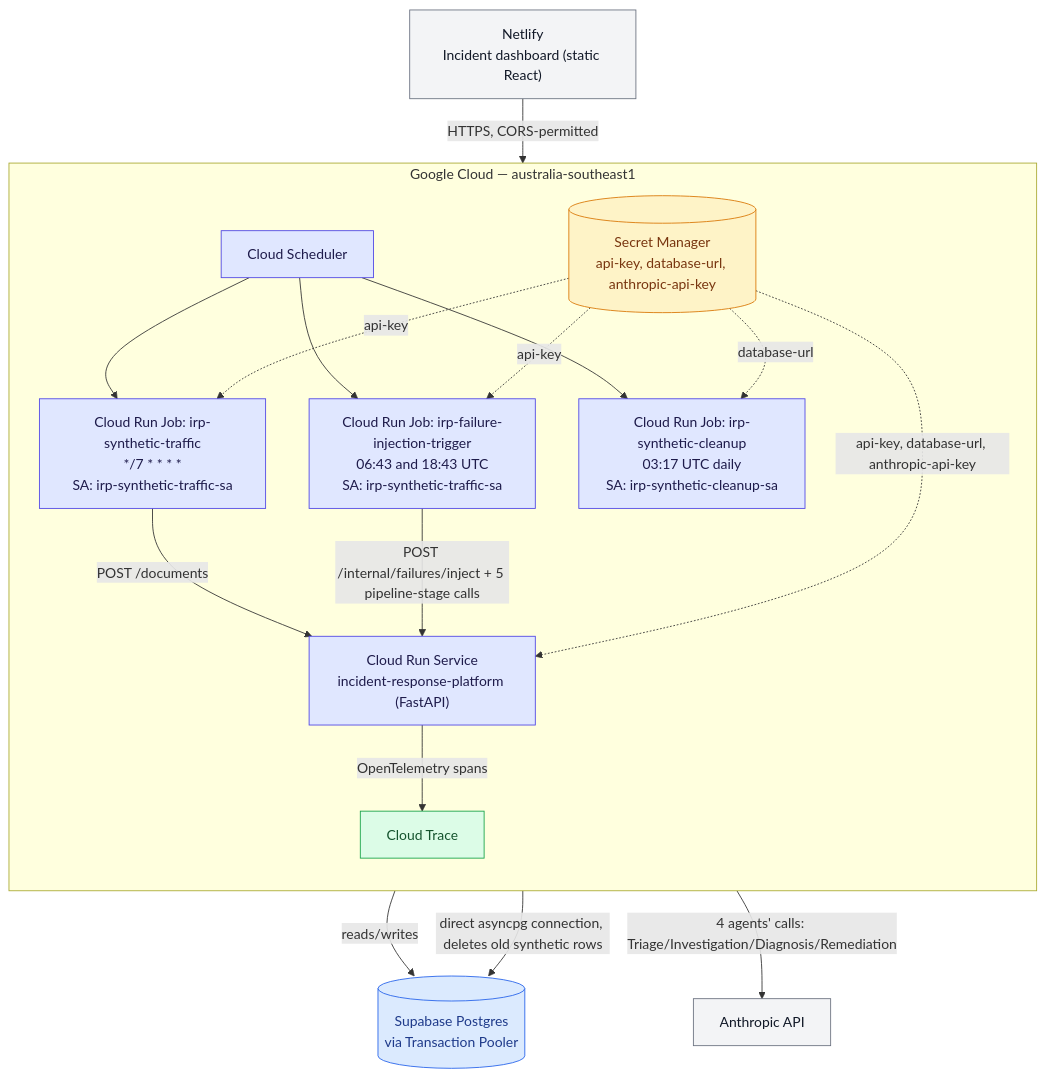
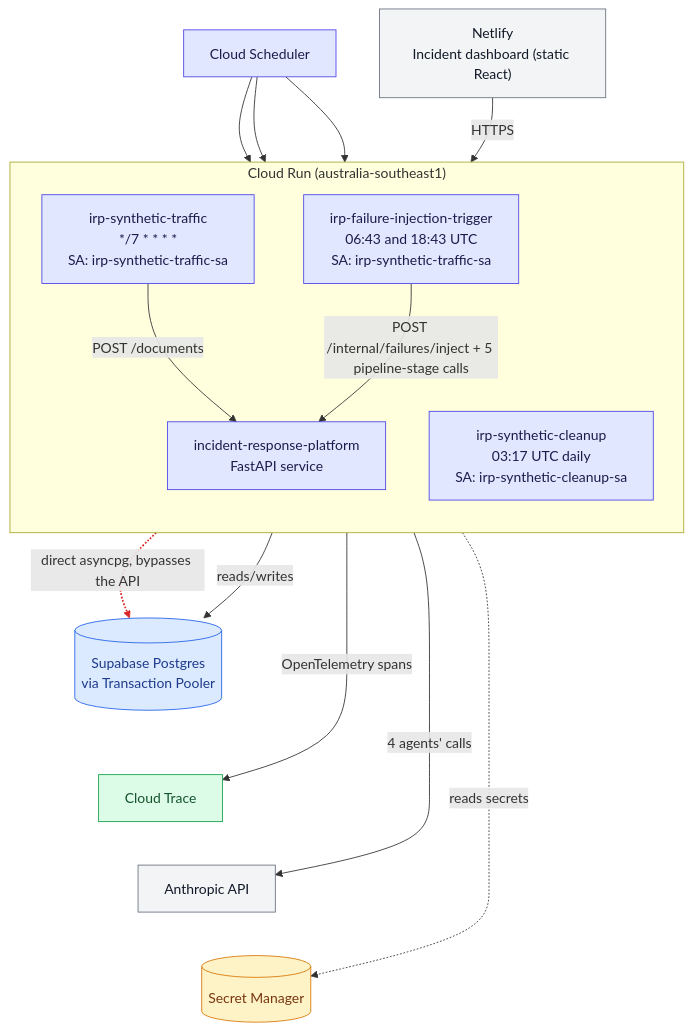
One commit to ShafqaatMalik/incident-response-platform changed the diagram in docs/architecture-infra.md. Above: the diagram before and after it, drawn with Mermaid. The commit also changed other lines of this file, not shown here.

Commit message:
Redesign architecture-infra.md diagram for clarity
Matches the pipeline diagram's quality bar: a clear 3-tier top-to-
bottom reading order (entry points -> compute cluster -> data/external
dependencies), the Cloud Run Service and all 3 background Jobs grouped
into one visual cluster, Secret Manager's 4 near-duplicate edges
consolidated into 1 (detail moved to the caption), and the cleanup
Job's direct database bypass styled as a distinct red dashed exception
path, same treatment as the pipeline diagram's escalation edges.

Every technical fact from the original is preserved -- nothing
dropped, only reorganized between the graph and the caption. Verified
with mermaid-cli across several iterations: fixed two real layout bugs
only visible after rendering (Secret Manager ranking in the wrong
tier, and the bypass edge crossing the OpenTelemetry edge).

Claude-Session: https://claude.ai/code/session_01Go5Q58FhHZwhaTxtMiUwpV

````diff
--- a/docs/architecture-infra.md
+++ b/docs/architecture-infra.md
@@ -12,50 +12,49 @@
 ```mermaid
 flowchart TD
+    SCHEDULER["Cloud Scheduler"]
     NETLIFY["Netlify<br/>Incident dashboard (static React)"]
 
-    subgraph GCP["Google Cloud — australia-southeast1"]
+    subgraph COMPUTE["Cloud Run (australia-southeast1)"]
         direction TB
-        SCHEDULER["Cloud Scheduler"]
-        TRAFFIC["Cloud Run Job: irp-synthetic-traffic<br/>*/7 * * * *<br/>SA: irp-synthetic-traffic-sa"]
-        TRIGGER["Cloud Run Job: irp-failure-injection-trigger<br/>06:43 and 18:43 UTC<br/>SA: irp-synthetic-traffic-sa"]
-        CLEANUP["Cloud Run Job: irp-synthetic-cleanup<br/>03:17 UTC daily<br/>SA: irp-synthetic-cleanup-sa"]
-        SERVICE["Cloud Run Service<br/>incident-response-platform (FastAPI)"]
-        SECRETS[("Secret Manager<br/>api-key, database-url, anthropic-api-key")]
-        TRACE["Cloud Trace"]
-
-        SCHEDULER --> TRAFFIC
-        SCHEDULER --> TRIGGER
-        SCHEDULER --> CLEANUP
-
-        TRAFFIC -->|POST /documents| SERVICE
-        TRIGGER -->|"POST /internal/failures/inject + 5 pipeline-stage calls"| SERVICE
-
-        SECRETS -.->|api-key| TRAFFIC
-        SECRETS -.->|api-key| TRIGGER
-        SECRETS -.->|database-url| CLEANUP
-        SECRETS -.->|"api-key, database-url, anthropic-api-key"| SERVICE
-
-        SERVICE -->|OpenTelemetry spans| TRACE
+        TRAFFIC["irp-synthetic-traffic<br/>*/7 * * * *<br/>SA: irp-synthetic-traffic-sa"]
+        TRIGGER["irp-failure-injection-trigger<br/>06:43 and 18:43 UTC<br/>SA: irp-synthetic-traffic-sa"]
+        CLEANUP["irp-synthetic-cleanup<br/>03:17 UTC daily<br/>SA: irp-synthetic-cleanup-sa"]
+        SERVICE["incident-response-platform<br/>FastAPI service"]
     end
 
-    NETLIFY -->|HTTPS, CORS-permitted| SERVICE
+    DB[("Supabase Postgres<br/>via Transaction Pooler")]
+    SECRETS[("Secret Manager")]
+    ANTHROPIC["Anthropic API"]
+    TRACE["Cloud Trace"]
 
-    DB[("Supabase Postgres<br/>via Transaction Pooler")]
-    ANTHROPIC["Anthropic API"]
+    SCHEDULER --> TRAFFIC
+    SCHEDULER --> TRIGGER
+    SCHEDULER --> CLEANUP
+    NETLIFY -->|HTTPS| SERVICE
 
+    TRAFFIC -->|POST /documents| SERVICE
+    TRIGGER -->|"POST /internal/failures/inject + 5 pipeline-stage calls"| SERVICE
+
+    CLEANUP -.->|"direct asyncpg, bypasses the API"| DB
     SERVICE -->|reads/writes| DB
-    CLEANUP -->|"direct asyncpg connection, deletes old synthetic rows"| DB
-    SERVICE -->|"4 agents' calls: Triage/Investigation/Diagnosis/Remediation"| ANTHROPIC
+    DB ~~~ TRACE
+    SERVICE -->|OpenTelemetry spans| TRACE
+    TRACE ~~~ ANTHROPIC
+    SERVICE -->|"4 agents' calls"| ANTHROPIC
+    ANTHROPIC ~~~ SECRETS
+    SERVICE -.->|reads secrets| SECRETS
 
     classDef compute fill:#e0e7ff,stroke:#4f46e5,stroke-width:1px,color:#1e1b4b
     classDef data fill:#dbeafe,stroke:#2563eb,stroke-width:1px,color:#1e3a8a
     classDef secrets fill:#fef3c7,stroke:#d97706,stroke-width:1px,color:#78350f
     classDef external fill:#f3f4f6,stroke:#6b7280,stroke-width:1px,color:#111827
     classDef observability fill:#dcfce7,stroke:#16a34a,stroke-width:1px,color:#14532d
 
     class SERVICE,TRAFFIC,TRIGGER,CLEANUP,SCHEDULER compute
     class DB data
     class SECRETS secrets
     class NETLIFY,ANTHROPIC external
     class TRACE observability
+
+    linkStyle 6 stroke:#dc2626,stroke-width:2px
 ```
````
